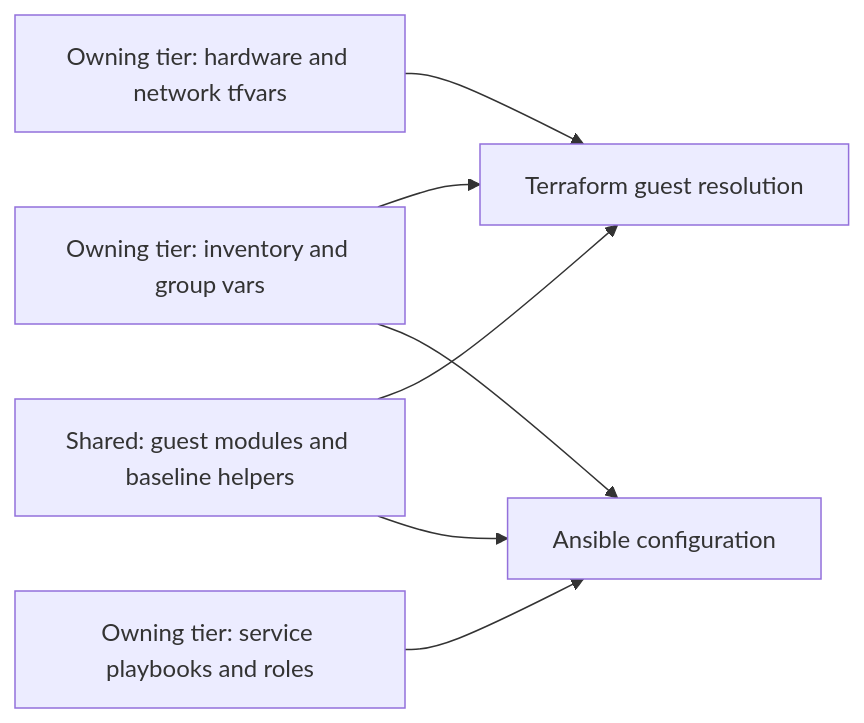
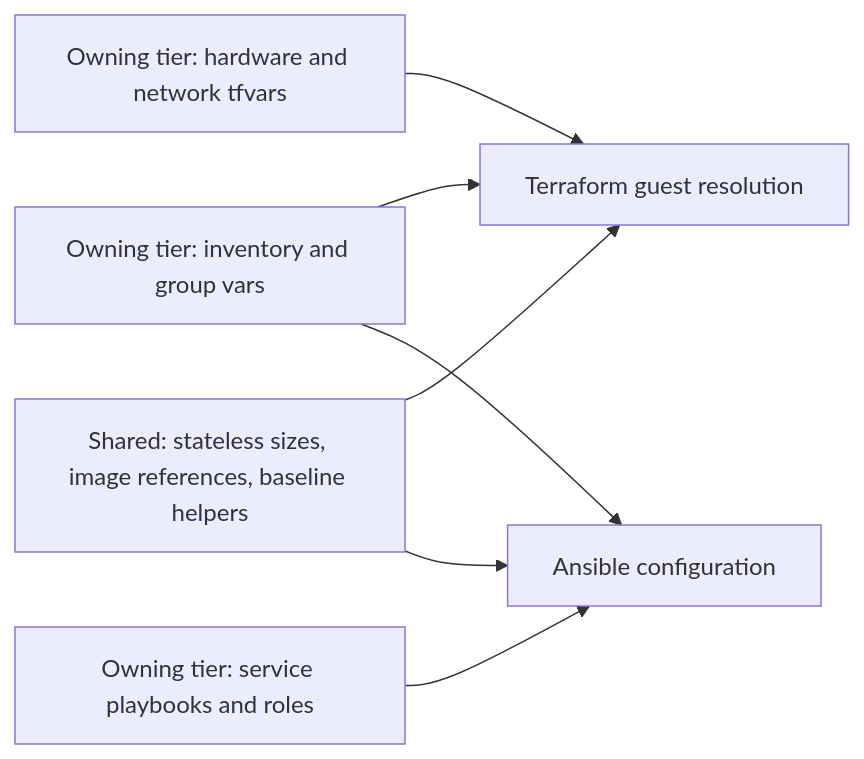
The diagram in docs/reference/generated-repository-model.md (Rexus/homelab), drawn with Mermaid before and after one commit. The commit also changed other lines of this file and 111 other files, not shown here.

````diff
--- a/docs/reference/generated-repository-model.md
+++ b/docs/reference/generated-repository-model.md
@@ -128,9 +129,9 @@
 ```mermaid
 flowchart LR
   Inputs["Owning tier: inventory and group vars"] --> TF["Terraform guest resolution"]
   Inputs --> Ansible["Ansible configuration"]
   Hardware["Owning tier: hardware and network tfvars"] --> TF
-  Shared["Shared: guest modules and baseline helpers"] --> TF
+  Shared["Shared: stateless sizes, image references, baseline helpers"] --> TF
   Shared --> Ansible
   Services["Owning tier: service playbooks and roles"] --> Ansible
 ```
````
